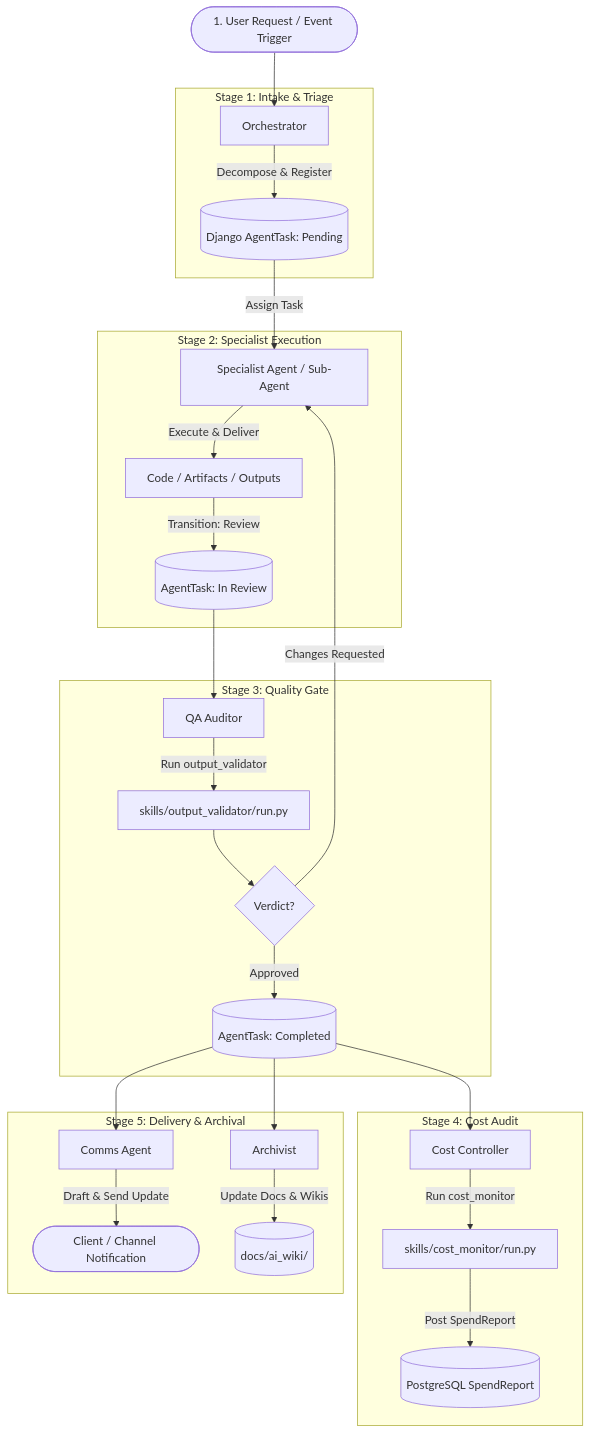
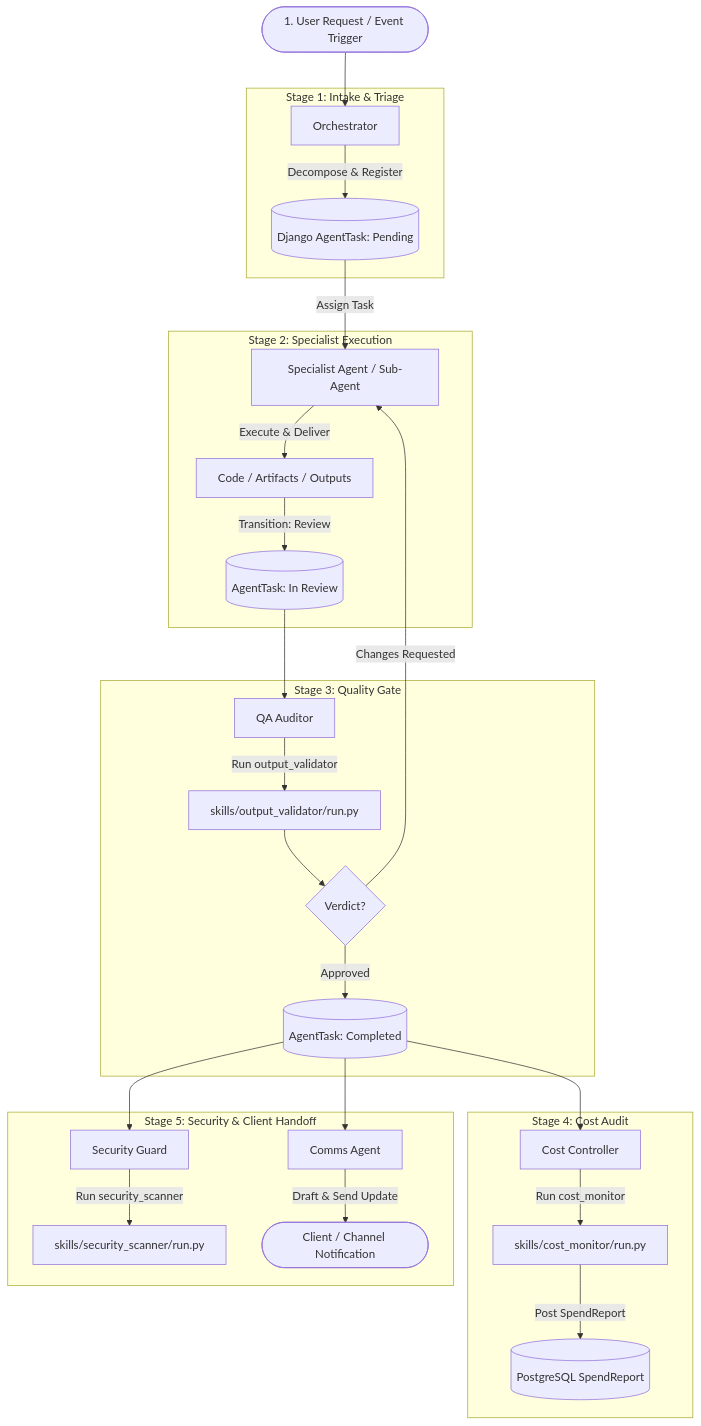
Before and after one commit to devalees/ai_system_template: the diagram in docs/agent_team.md, drawn with Mermaid. The commit also changed other lines of this file and 18 other files, not shown here.

Commit message:
feat(security_guard): elevate security_guard as 5th core profile, add security_scanner skill, and retire archivist

````diff
--- a/docs/agent_team.md
+++ b/docs/agent_team.md
@@ -202,35 +203,35 @@
 ```mermaid
 flowchart TD
     Trigger([1. User Request / Event Trigger]) --> Orch[Orchestrator]
     
     subgraph S1 ["Stage 1: Intake & Triage"]
         Orch -->|Decompose & Register| TaskReg[(Django AgentTask: Pending)]
     end
     
     subgraph S2 ["Stage 2: Specialist Execution"]
         TaskReg -->|Assign Task| ExecAgent[Specialist Agent / Sub-Agent]
         ExecAgent -->|Execute & Deliver| Artifacts[Code / Artifacts / Outputs]
         Artifacts -->|Transition: Review| ReviewState[(AgentTask: In Review)]
     end
     
     subgraph S3 ["Stage 3: Quality Gate"]
         ReviewState --> QA[QA Auditor]
         QA -->|Run output_validator| ValScript[skills/output_validator/run.py]
         ValScript --> Verdict{Verdict?}
         Verdict -->|Changes Requested| ExecAgent
         Verdict -->|Approved| ApprovedState[(AgentTask: Completed)]
     end
     
     subgraph S4 ["Stage 4: Cost Audit"]
         ApprovedState --> Cost[Cost Controller]
         Cost -->|Run cost_monitor| CostScript[skills/cost_monitor/run.py]
         CostScript -->|Post SpendReport| SpendDB[(PostgreSQL SpendReport)]
     end
     
-    subgraph S5 ["Stage 5: Delivery & Archival"]
+    subgraph S5 ["Stage 5: Security & Client Handoff"]
+        ApprovedState --> Sec[Security Guard]
+        Sec -->|Run security_scanner| SecScript[skills/security_scanner/run.py]
         ApprovedState --> Comms[Comms Agent]
         Comms -->|Draft & Send Update| Stakeholder([Client / Channel Notification])
-        ApprovedState --> Arch[Archivist]
-        Arch -->|Update Docs & Wikis| WikiDocs[(docs/ai_wiki/)]
     end
 ```
````
